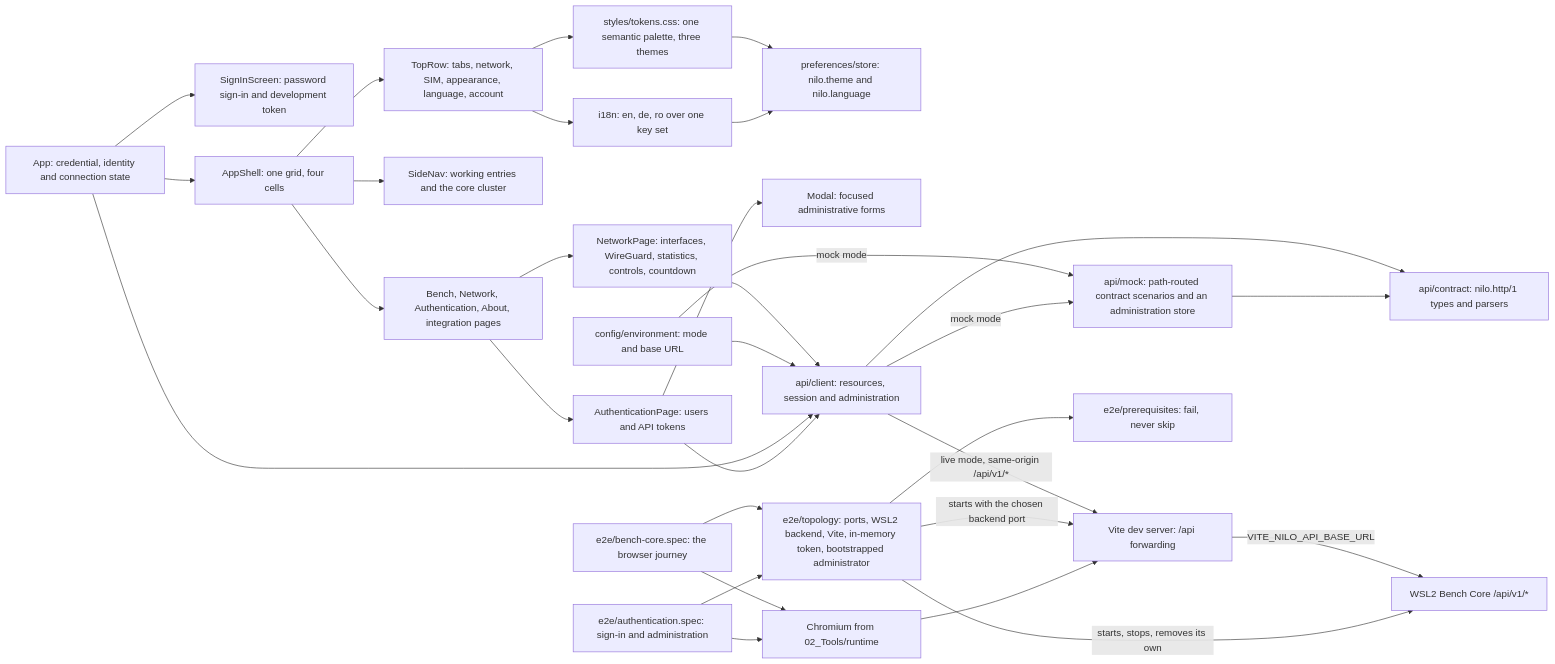
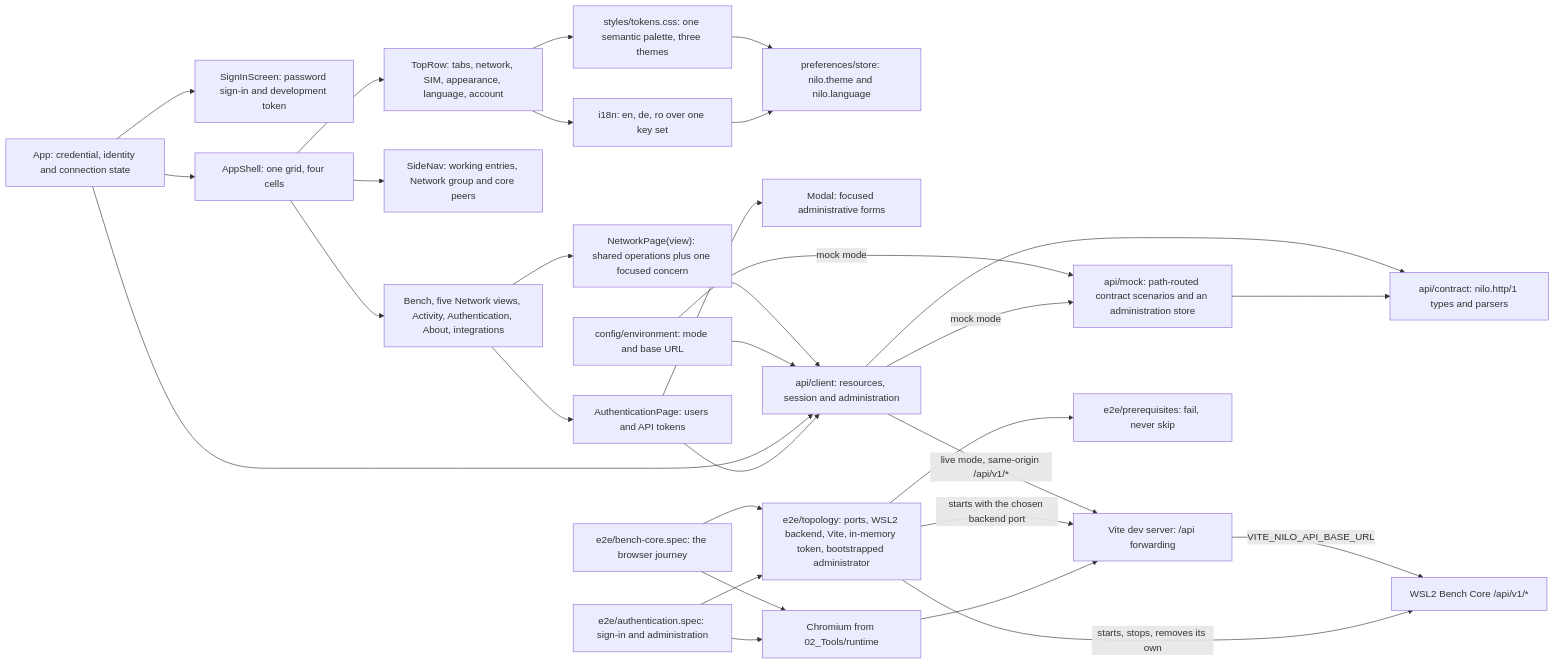
One commit to DDP-Engineering/2026_Networked_Intelligent_Lab_Orchestrator changed the diagram in .agentic/knowledge/gui-foundation.md. Above: the diagram before and after it, drawn with Mermaid. The commit also changed other lines of this file and 81 other files, not shown here.

````diff
--- a/.agentic/knowledge/gui-foundation.md
+++ b/.agentic/knowledge/gui-foundation.md
@@ -180,56 +184,56 @@
 ```mermaid
 flowchart LR
     app["App: credential, identity and connection state"]
     signin["SignInScreen: password sign-in and development token"]
     shell["AppShell: one grid, four cells"]
     toprow["TopRow: tabs, network, SIM, appearance, language, account"]
-    sidenav["SideNav: working entries and the core cluster"]
-    pages["Bench, Network, Authentication, About, integration pages"]
+    sidenav["SideNav: working entries, Network group and core peers"]
+    pages["Bench, five Network views, Activity, Authentication, About, integrations"]
     tokens["styles/tokens.css: one semantic palette, three themes"]
     catalogue["i18n: en, de, ro over one key set"]
     prefs["preferences/store: nilo.theme and nilo.language"]
     admin["AuthenticationPage: users and API tokens"]
-    netpage["NetworkPage: interfaces, WireGuard, statistics, controls, countdown"]
+    netpage["NetworkPage(view): shared operations plus one focused concern"]
     modal["Modal: focused administrative forms"]
     env["config/environment: mode and base URL"]
     client["api/client: resources, session and administration"]
     contract["api/contract: nilo.http/1 types and parsers"]
     mock["api/mock: path-routed contract scenarios and an administration store"]
     proxy["Vite dev server: /api forwarding"]
     backend["WSL2 Bench Core /api/v1/*"]
     app --> signin
     app --> shell
     shell --> toprow
     shell --> sidenav
     shell --> pages
     pages --> admin
     pages --> netpage
     netpage --> client
     admin --> modal
     toprow --> tokens
     toprow --> catalogue
     tokens --> prefs
     catalogue --> prefs
     env --> client
     env -- "mock mode" --> mock
     client --> contract
     mock --> contract
     app --> client
     admin --> client
     client -- "live mode, same-origin /api/v1/*" --> proxy
     proxy -- "VITE_NILO_API_BASE_URL" --> backend
     client -- "mock mode" --> mock
     harness["e2e/topology: ports, WSL2 backend, Vite, in-memory token, bootstrapped administrator"]
     prereq["e2e/prerequisites: fail, never skip"]
     spec["e2e/bench-core.spec: the browser journey"]
     adminspec["e2e/authentication.spec: sign-in and administration"]
     browser["Chromium from 02_Tools/runtime"]
     harness --> prereq
     harness -- "starts, stops, removes its own" --> backend
     harness -- "starts with the chosen backend port" --> proxy
     spec --> harness
     adminspec --> harness
     spec --> browser
     adminspec --> browser
     browser --> proxy
 ```
````
